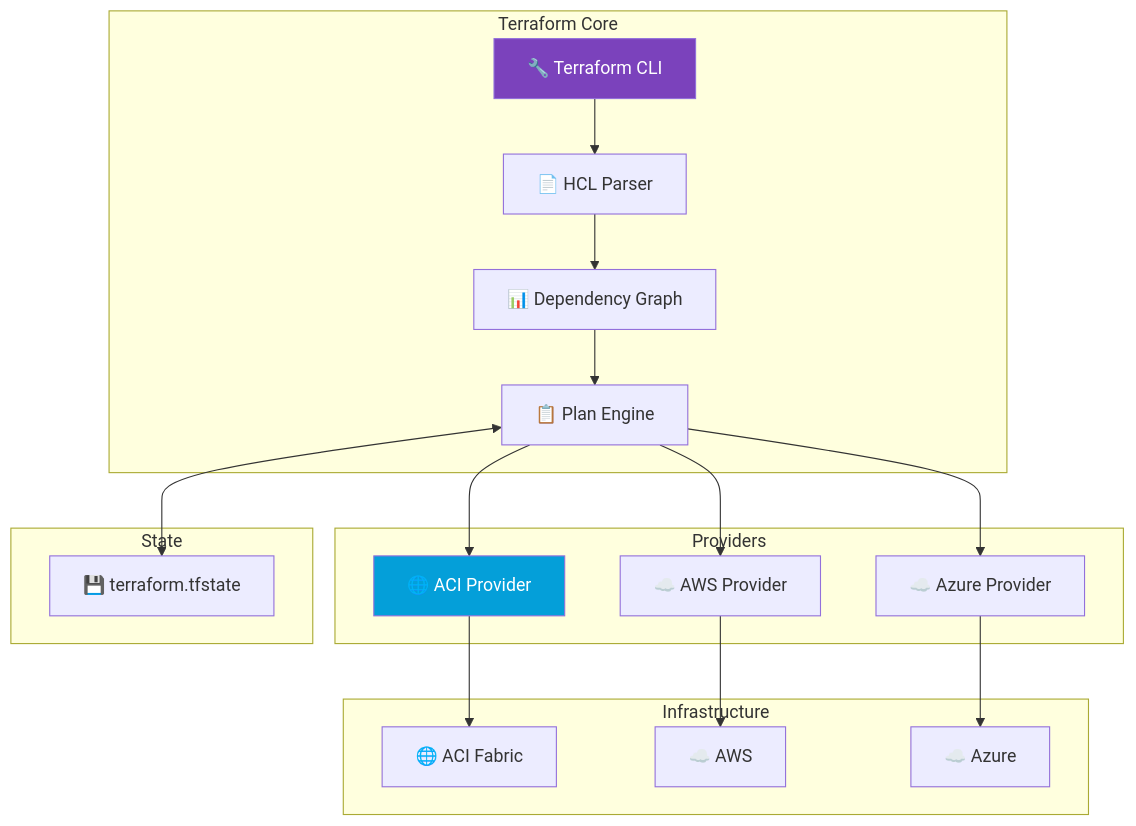
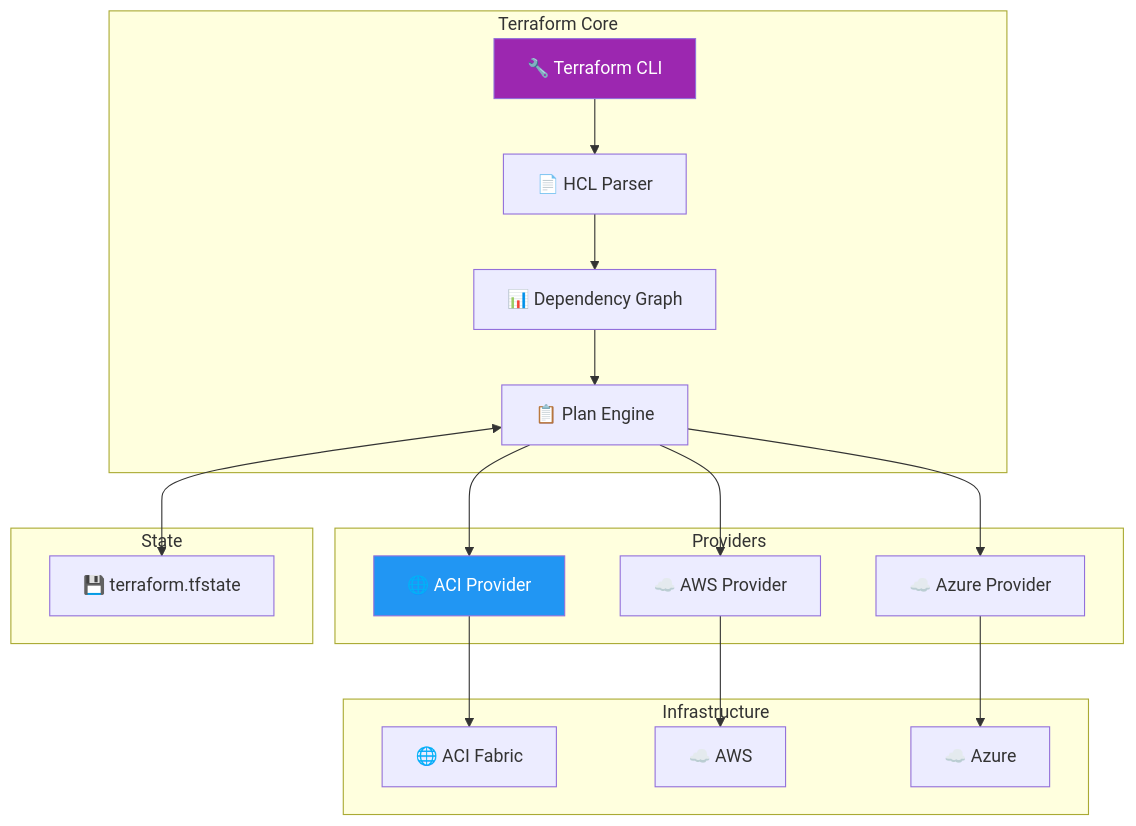
The second of 5 diagrams in docs/formations/terraform-aci/01-module.md (VBlackJack/ShellBook), drawn with Mermaid before and after one commit. The commit also changed other lines of this file and 337 other files, not shown here.

First line of the commit message:
refactor(docs): Standardize code blocks and Mermaid colors

````diff
--- a/docs/formations/terraform-aci/01-module.md
+++ b/docs/formations/terraform-aci/01-module.md
@@ -94,34 +94,34 @@
 ```mermaid
 graph TB
     subgraph "Terraform Core"
         TF["🔧 Terraform CLI"]
         PARSER["📄 HCL Parser"]
         GRAPH["📊 Dependency Graph"]
         PLAN["📋 Plan Engine"]
     end
 
     subgraph "Providers"
         P_ACI["🌐 ACI Provider"]
         P_AWS["☁️ AWS Provider"]
         P_AZURE["☁️ Azure Provider"]
     end
 
     subgraph "State"
         STATE["💾 terraform.tfstate"]
     end
 
     subgraph "Infrastructure"
         ACI["🌐 ACI Fabric"]
         AWS["☁️ AWS"]
         AZURE["☁️ Azure"]
     end
 
     TF --> PARSER --> GRAPH --> PLAN
     PLAN --> P_ACI --> ACI
     PLAN --> P_AWS --> AWS
     PLAN --> P_AZURE --> AZURE
     PLAN <--> STATE
 
-    style TF fill:#7b42bc,color:#fff
-    style P_ACI fill:#049fd9,color:#fff
+    style TF fill:#9C27B0,color:#fff
+    style P_ACI fill:#2196F3,color:#fff
 ```
````
